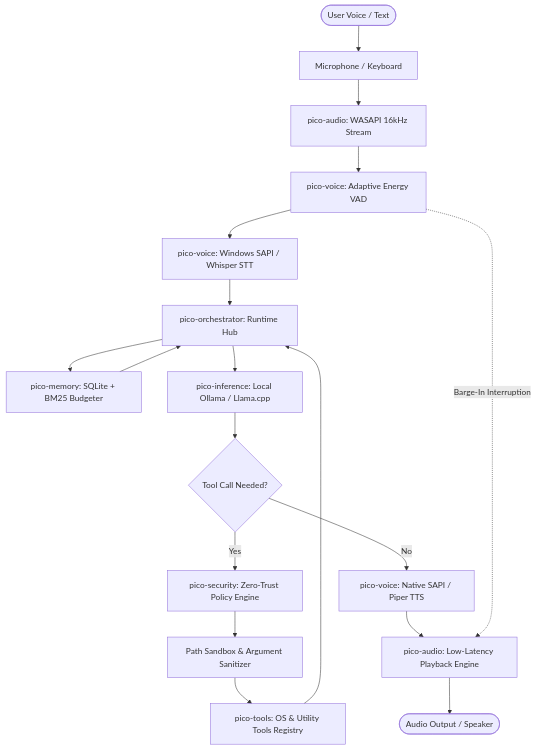
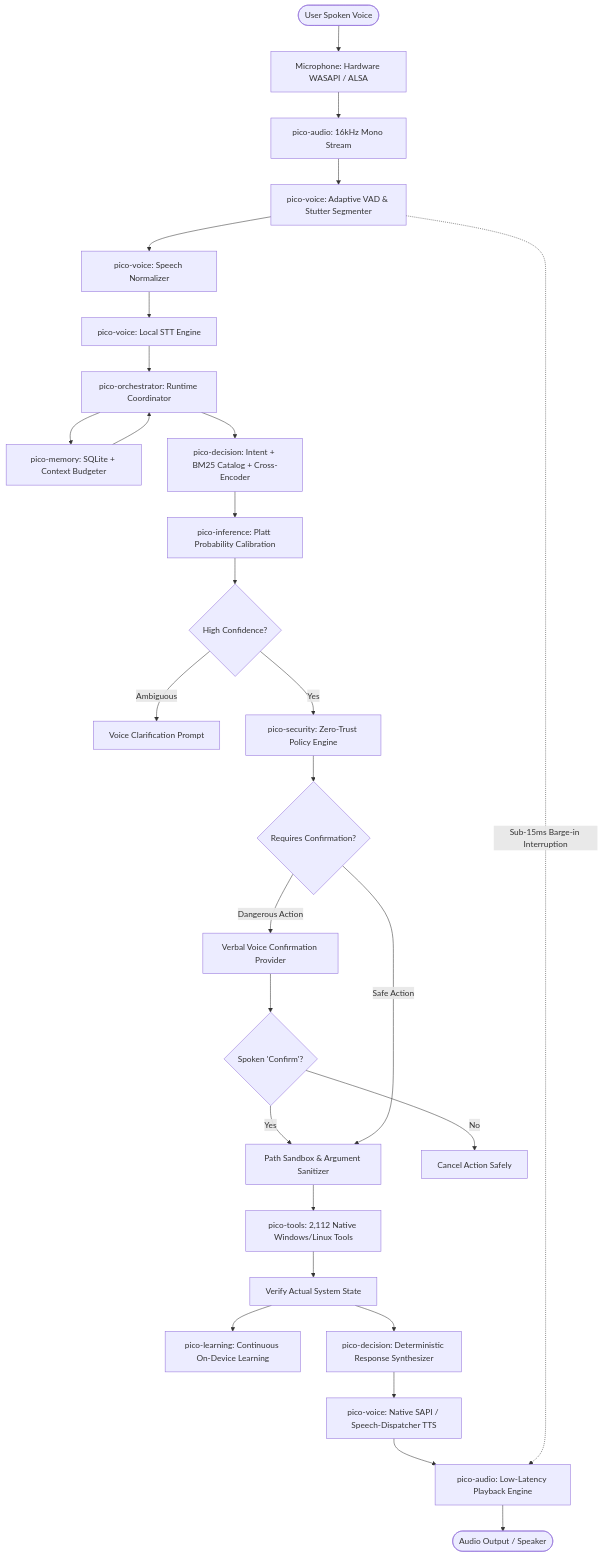
One commit to tirthsaraiya29/Pico changed the diagram in docs/ARCHITECTURE.md. Above: the diagram before and after it, drawn with Mermaid. The commit also changed other lines of this file and 3 other files, not shown here.

First line of the commit message:
docs: humanize documentation, add Table of Contents, and full Mermaid architectural diagrams

````diff
--- a/docs/ARCHITECTURE.md
+++ b/docs/ARCHITECTURE.md
@@ -7,25 +7,37 @@
 ```mermaid
 graph TD
-    User([User Voice / Text]) --> Mic[Microphone / Keyboard]
-    Mic --> AudioCapture[pico-audio: WASAPI 16kHz Stream]
-    AudioCapture --> VAD[pico-voice: Adaptive Energy VAD]
-    VAD --> STT[pico-voice: Windows SAPI / Whisper STT]
-    STT --> Orchestrator[pico-orchestrator: Runtime Hub]
+    User([User Spoken Voice]) --> Mic[Microphone: Hardware WASAPI / ALSA]
+    Mic --> AudioCapture[pico-audio: 16kHz Mono Stream]
+    AudioCapture --> VAD[pico-voice: Adaptive VAD & Stutter Segmenter]
+    VAD --> Normalizer[pico-voice: Speech Normalizer]
+    Normalizer --> STT[pico-voice: Local STT Engine]
+    STT --> Orchestrator[pico-orchestrator: Runtime Coordinator]
     
-    Orchestrator --> Memory[pico-memory: SQLite + BM25 Budgeter]
+    Orchestrator --> Memory[pico-memory: SQLite + Context Budgeter]
     Memory --> Orchestrator
     
-    Orchestrator --> Inference[pico-inference: Local Ollama / Llama.cpp]
-    Inference --> Decision{Tool Call Needed?}
+    Orchestrator --> Decision[pico-decision: Intent + BM25 Catalog + Cross-Encoder]
+    Decision --> Calibration[pico-inference: Platt Probability Calibration]
+    Calibration --> DecisionCheck{High Confidence?}
     
-    Decision -- Yes --> Security[pico-security: Zero-Trust Policy Engine]
-    Security --> Sandbox[Path Sandbox & Argument Sanitizer]
-    Sandbox --> Tools[pico-tools: OS & Utility Tools Registry]
-    Tools --> Orchestrator
+    DecisionCheck -- Ambiguous --> Clarification[Voice Clarification Prompt]
+    DecisionCheck -- Yes --> Security[pico-security: Zero-Trust Policy Engine]
     
-    Decision -- No --> Synthesis[pico-voice: Native SAPI / Piper TTS]
-    Synthesis --> Playback[pico-audio: Low-Latency Playback Engine]
+    Security --> TierCheck{Requires Confirmation?}
+    TierCheck -- Dangerous Action --> VoiceConfirm[Verbal Voice Confirmation Provider]
+    VoiceConfirm --> UserVoiceConfirm{Spoken 'Confirm'?}
+    UserVoiceConfirm -- Yes --> Sandbox[Path Sandbox & Argument Sanitizer]
+    UserVoiceConfirm -- No --> Abort[Cancel Action Safely]
+    TierCheck -- Safe Action --> Sandbox
+    
+    Sandbox --> Tools[pico-tools: 2,112 Native Windows/Linux Tools]
+    Tools --> OutcomeVerification[Verify Actual System State]
+    OutcomeVerification --> Learning[pico-learning: Continuous On-Device Learning]
+    OutcomeVerification --> ResponseSynth[pico-decision: Deterministic Response Synthesizer]
+    
+    ResponseSynth --> TTS[pico-voice: Native SAPI / Speech-Dispatcher TTS]
+    TTS --> Playback[pico-audio: Low-Latency Playback Engine]
     Playback --> Speaker([Audio Output / Speaker])
 
-    VAD -. Barge-In Interruption .-> Playback
+    VAD -. Sub-15ms Barge-in Interruption .-> Playback
 ```
````
